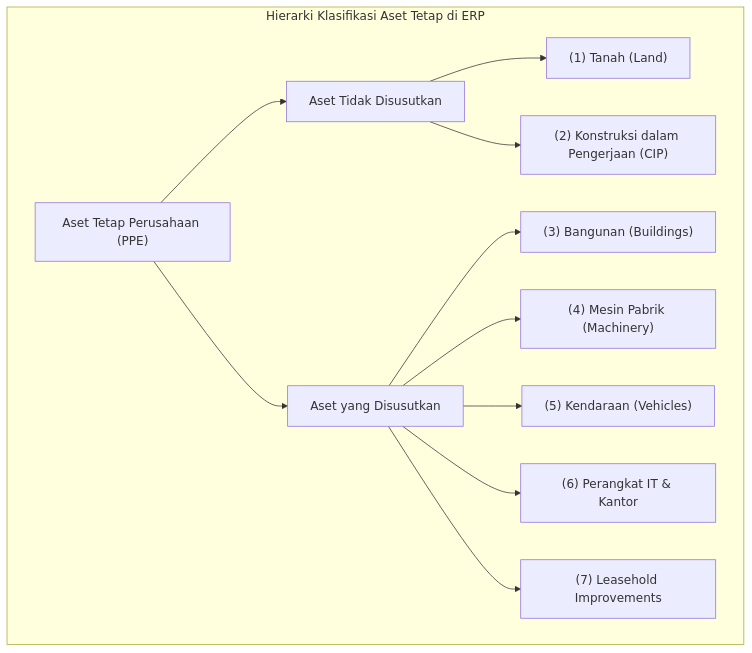
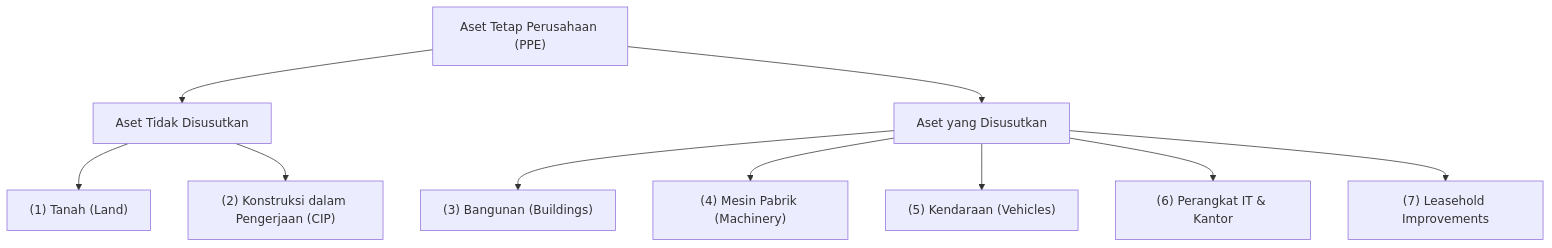
One commit to alimurrofid/erp-notes changed the first of 2 diagrams in content/08-assets/asset-classification.md. Above: the diagram before and after it, drawn with Mermaid. The commit also changed 58 other files, not shown here.

Commit message:
fix(content):Mermaid Subgraph

````diff
--- a/content/08-assets/asset-classification.md
+++ b/content/08-assets/asset-classification.md
@@ -9,24 +9,22 @@
 ```mermaid
 graph TD
-    subgraph AssetClassificationHierarchy["Hierarki Klasifikasi Aset Tetap di ERP"]
         Top["Aset Tetap Perusahaan (PPE)"]
         NonDep["Aset Tidak Disusutkan"]
         Dep["Aset yang Disusutkan"]
         Land["(1) Tanah (Land)"]
         CIP["(2) Konstruksi dalam Pengerjaan (CIP)"]
         Bldg["(3) Bangunan (Buildings)"]
         Mach["(4) Mesin Pabrik (Machinery)"]
         Veh["(5) Kendaraan (Vehicles)"]
         IT["(6) Perangkat IT & Kantor"]
         Lease["(7) Leasehold Improvements"]
-    end
     Top --> NonDep
     Top --> Dep
     NonDep --> Land
     NonDep --> CIP
     Dep --> Bldg
     Dep --> Mach
     Dep --> Veh
     Dep --> IT
     Dep --> Lease
 ```
````
